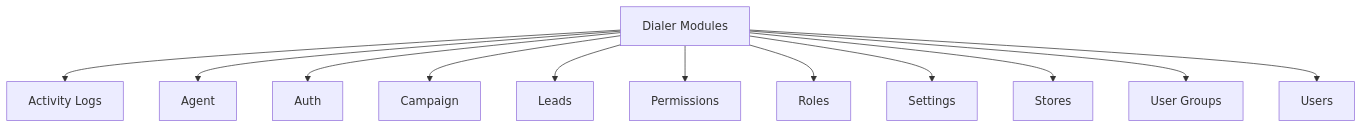
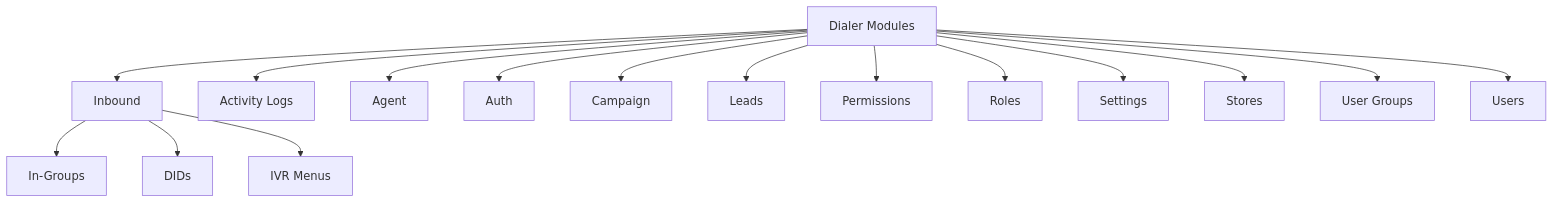
The diagram in docs/diagrams/modules.mmd (rgabuat/Dialer), drawn with Mermaid before and after one commit. The commit also changed 11 other files, not shown here.

Commit message:
Enhance documentation for Inbound Call System and modules; add diagrams and detailed descriptions for DIDs, In-Groups, and IVR Menus.

```diff
--- a/docs/diagrams/modules.mmd
+++ b/docs/diagrams/modules.mmd
@@ -1,13 +1,18 @@
 flowchart TD
     Dialer["Dialer Modules"]
+    Dialer --> Inbound["Inbound"]
     Dialer --> Activitylogs["Activity Logs"]
     Dialer --> Agent["Agent"]
     Dialer --> Auth["Auth"]
     Dialer --> Campaign["Campaign"]
     Dialer --> Leads["Leads"]
     Dialer --> Permissions["Permissions"]
     Dialer --> Roles["Roles"]
     Dialer --> Settings["Settings"]
     Dialer --> Stores["Stores"]
     Dialer --> UserGroups["User Groups"]
     Dialer --> Users["Users"]
+
+    Inbound --> InGroups["In-Groups"]
+    Inbound --> DIDs["DIDs"]
+    Inbound --> IvrMenus["IVR Menus"]
```
